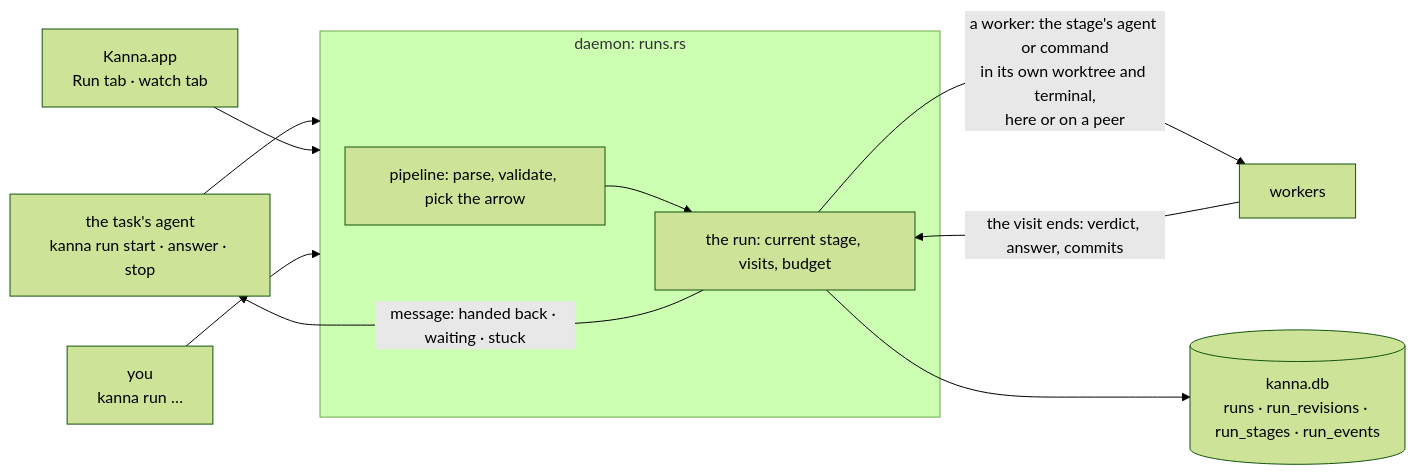
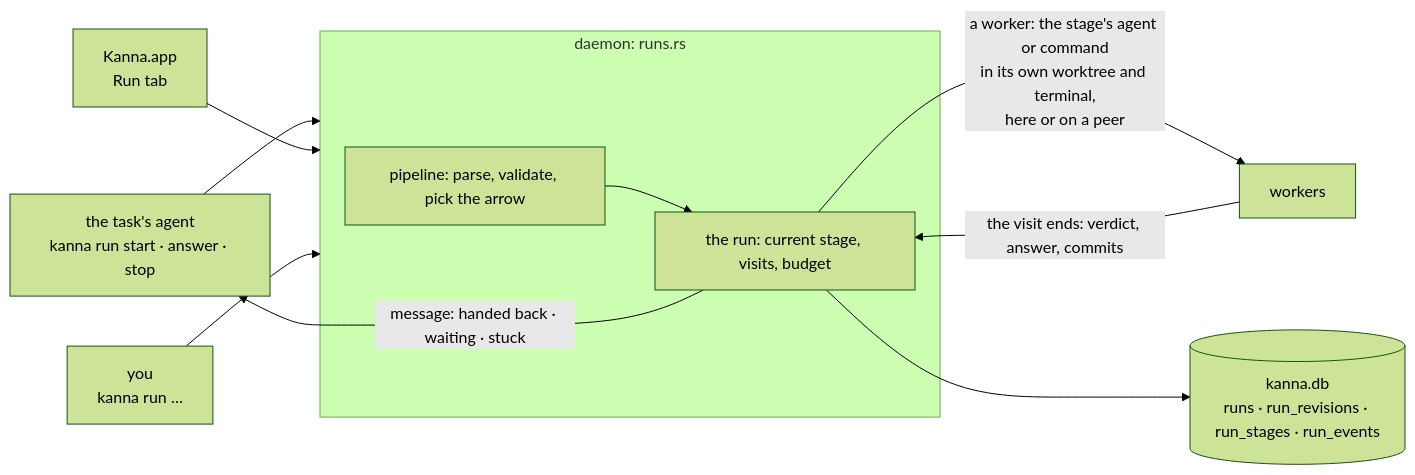
Before and after one commit to tampopogk/kanna: the second of 5 diagrams in docs/specs/software-factory.md, drawn with Mermaid (forest theme). The commit also changed other lines of this file and 25 other files, not shown here.

````diff
--- a/docs/specs/software-factory.md
+++ b/docs/specs/software-factory.md
@@ -47,15 +48,15 @@
 ```mermaid
 flowchart LR
     A["the task's agent<br/>kanna run start · answer · stop"] --> D
-    APP["Kanna.app<br/>Run tab · watch tab"] --> D
+    APP["Kanna.app<br/>Run tab"] --> D
     U["you<br/>kanna run …"] --> D
     subgraph D["daemon: runs.rs"]
         PIPE["pipeline: parse, validate, pick the arrow"]
         RUN["the run: current stage, visits, budget"]
         PIPE --> RUN
     end
     RUN -->|"a worker: the stage's agent or command<br/>in its own worktree and terminal,<br/>here or on a peer"| W["workers"]
     W -->|"the visit ends: verdict, answer, commits"| RUN
     RUN -->|"message: handed back · waiting · stuck"| A
     RUN --> DB[("kanna.db<br/>runs · run_revisions · run_stages · run_events")]
 ```
````
